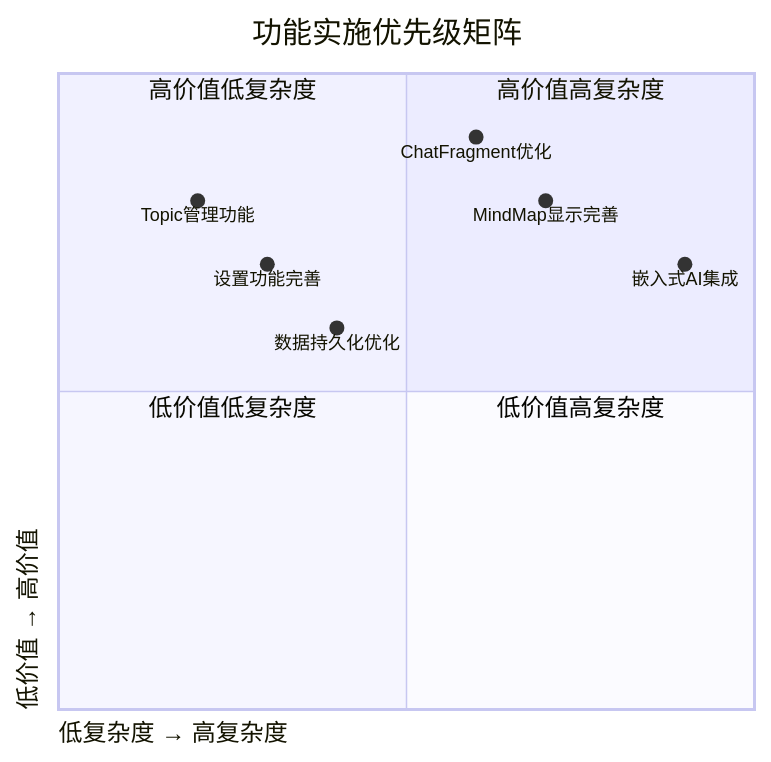
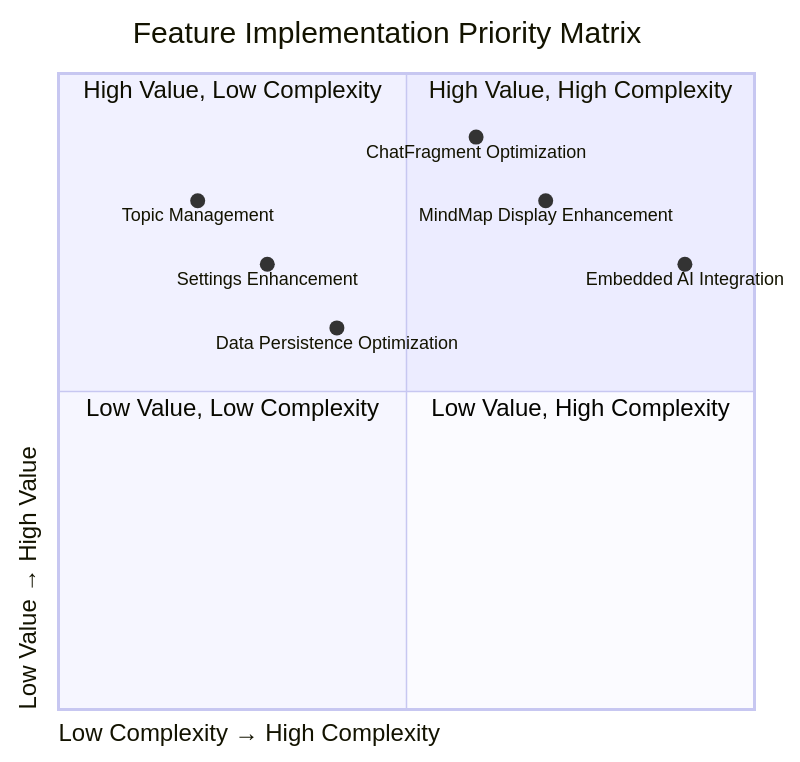
Diagram 31 of 38 in autodroid-TeachItBack/.superpowers/design/embedded_ai_model_brainstorming_20260125.md (terminail/autodroid), drawn with Mermaid before and after one commit. The commit also changed other lines of this file and 2 other files, not shown here.

````diff
--- a/autodroid-TeachItBack/.superpowers/design/embedded_ai_model_brainstorming_20260125.md
+++ b/autodroid-TeachItBack/.superpowers/design/embedded_ai_model_brainstorming_20260125.md
@@ -1939,17 +2088,17 @@
 ```mermaid
 quadrantChart
-    title 功能实施优先级矩阵
-    x-axis 低复杂度 → 高复杂度
-    y-axis 低价值 → 高价值
-    quadrant-1 高价值高复杂度
-    quadrant-2 高价值低复杂度
-    quadrant-3 低价值低复杂度  
-    quadrant-4 低价值高复杂度
+    title Feature Implementation Priority Matrix
+    x-axis Low Complexity → High Complexity
+    y-axis Low Value → High Value
+    quadrant-1 High Value, High Complexity
+    quadrant-2 High Value, Low Complexity
+    quadrant-3 Low Value, Low Complexity  
+    quadrant-4 Low Value, High Complexity
     
-    "Topic管理功能": [0.2, 0.8]
-    "设置功能完善": [0.3, 0.7]
-    "数据持久化优化": [0.4, 0.6]
-    "ChatFragment优化": [0.6, 0.9]
-    "MindMap显示完善": [0.7, 0.8]
-    "嵌入式AI集成": [0.9, 0.7]
+    "Topic Management": [0.2, 0.8]
+    "Settings Enhancement": [0.3, 0.7]
+    "Data Persistence Optimization": [0.4, 0.6]
+    "ChatFragment Optimization": [0.6, 0.9]
+    "MindMap Display Enhancement": [0.7, 0.8]
+    "Embedded AI Integration": [0.9, 0.7]
 ```
````
